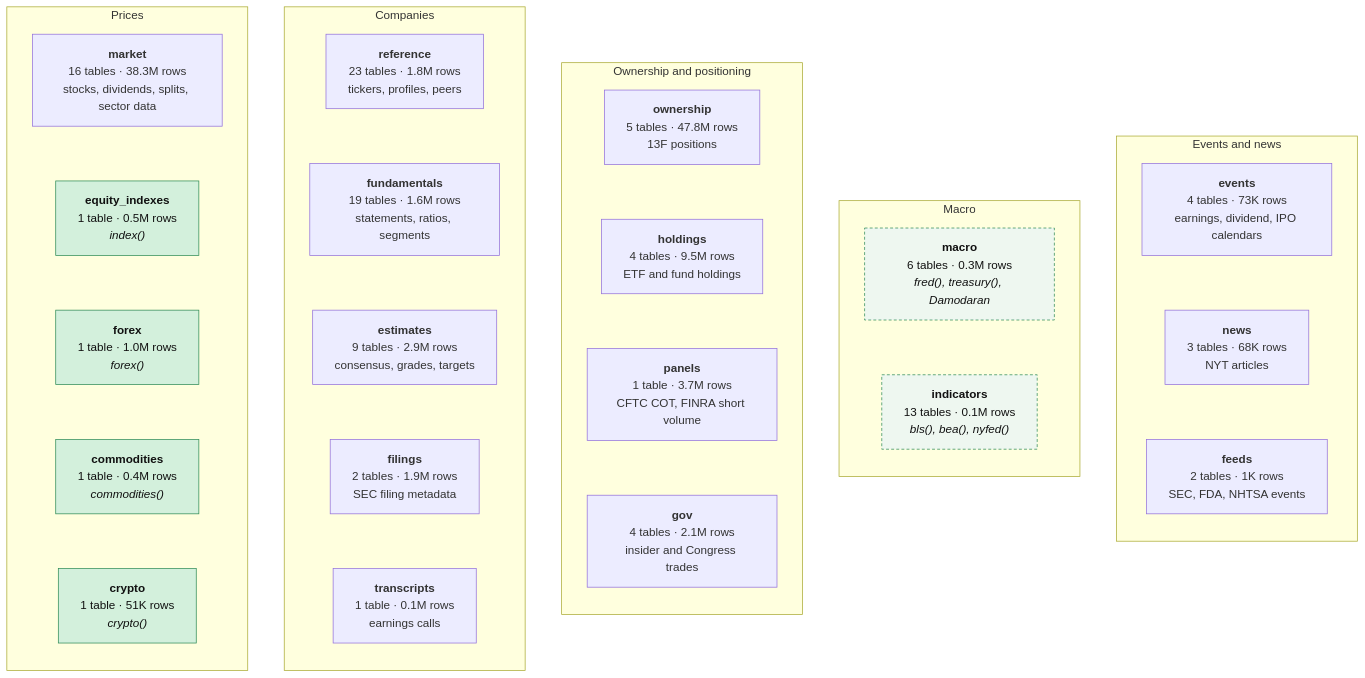
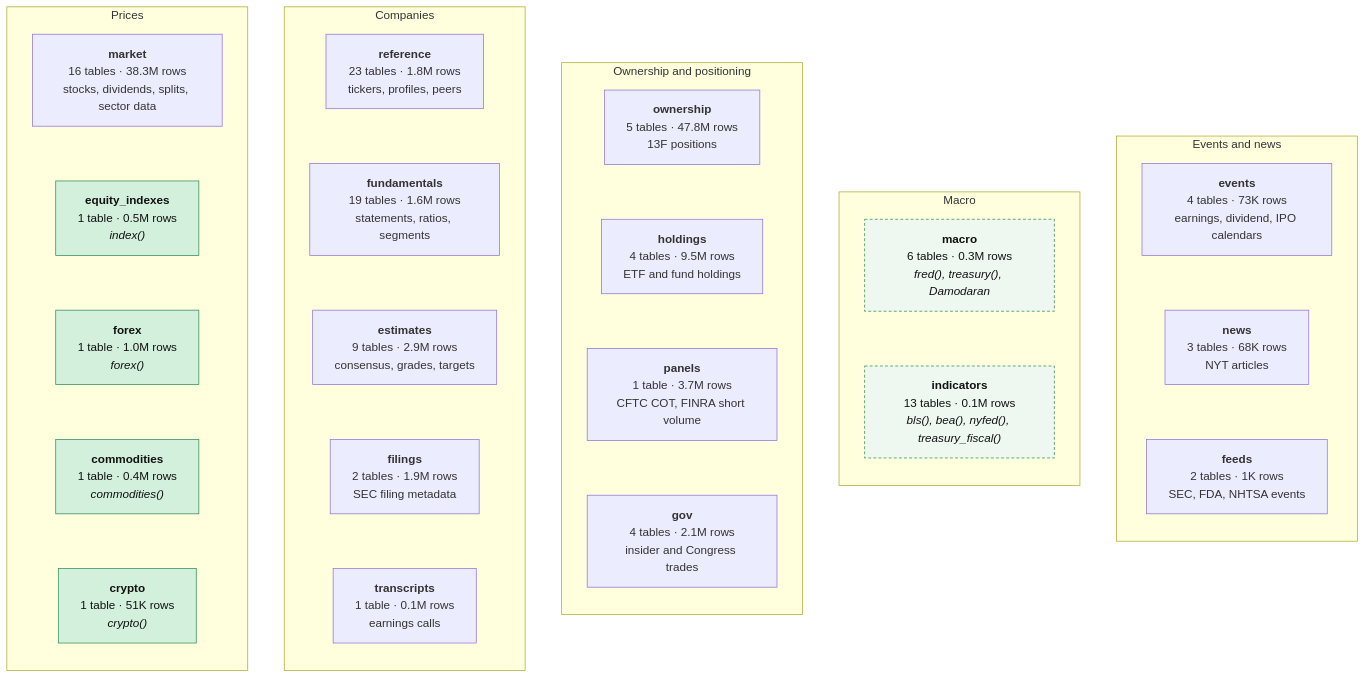
One commit to AnshArora04/arora_data changed the third of 3 diagrams in README.md. Above: the diagram before and after it, drawn with Mermaid. The commit also changed other lines of this file and 7 other files, not shown here.

````diff
--- a/README.md
+++ b/README.md
@@ -81,48 +81,48 @@
 ```mermaid
 flowchart LR
   subgraph PR["Prices"]
     direction TB
     market["<b>market</b><br/>16 tables · 38.3M rows<br/>stocks, dividends, splits, sector data"]
     equity_indexes["<b>equity_indexes</b><br/>1 table · 0.5M rows<br/><i>index()</i>"]
     forex["<b>forex</b><br/>1 table · 1.0M rows<br/><i>forex()</i>"]
     commodities["<b>commodities</b><br/>1 table · 0.4M rows<br/><i>commodities()</i>"]
     crypto["<b>crypto</b><br/>1 table · 51K rows<br/><i>crypto()</i>"]
   end
   subgraph CO["Companies"]
     direction TB
     reference["<b>reference</b><br/>23 tables · 1.8M rows<br/>tickers, profiles, peers"]
     fundamentals["<b>fundamentals</b><br/>19 tables · 1.6M rows<br/>statements, ratios, segments"]
     estimates["<b>estimates</b><br/>9 tables · 2.9M rows<br/>consensus, grades, targets"]
     filings["<b>filings</b><br/>2 tables · 1.9M rows<br/>SEC filing metadata"]
     transcripts["<b>transcripts</b><br/>1 table · 0.1M rows<br/>earnings calls"]
   end
   subgraph OW["Ownership and positioning"]
     direction TB
     ownership["<b>ownership</b><br/>5 tables · 47.8M rows<br/>13F positions"]
     holdings["<b>holdings</b><br/>4 tables · 9.5M rows<br/>ETF and fund holdings"]
     panels["<b>panels</b><br/>1 table · 3.7M rows<br/>CFTC COT, FINRA short volume"]
     gov["<b>gov</b><br/>4 tables · 2.1M rows<br/>insider and Congress trades"]
   end
   subgraph MA["Macro"]
     direction TB
     macro["<b>macro</b><br/>6 tables · 0.3M rows<br/><i>fred(), treasury(), Damodaran</i>"]
-    indicators["<b>indicators</b><br/>13 tables · 0.1M rows<br/><i>bls(), bea(), nyfed()</i>"]
+    indicators["<b>indicators</b><br/>13 tables · 0.1M rows<br/><i>bls(), bea(), nyfed(), treasury_fiscal()</i>"]
   end
   subgraph EV["Events and news"]
     direction TB
     events["<b>events</b><br/>4 tables · 73K rows<br/>earnings, dividend, IPO calendars"]
     news["<b>news</b><br/>3 tables · 68K rows<br/>NYT articles"]
     feeds["<b>feeds</b><br/>2 tables · 1K rows<br/>SEC, FDA, NHTSA events"]
   end
   PR ~~~ CO ~~~ OW ~~~ MA ~~~ EV
   market ~~~ equity_indexes ~~~ forex ~~~ commodities ~~~ crypto
   reference ~~~ fundamentals ~~~ estimates ~~~ filings ~~~ transcripts
   ownership ~~~ holdings ~~~ panels ~~~ gov
   macro ~~~ indicators
   events ~~~ news ~~~ feeds
 
   classDef read fill:#d3f0dc,stroke:#2e8b57,color:#111
   classDef part fill:#eef7f0,stroke:#2e8b57,stroke-dasharray:4 3,color:#111
   class equity_indexes,forex,commodities,crypto read
   class macro,indicators part
 ```
````
